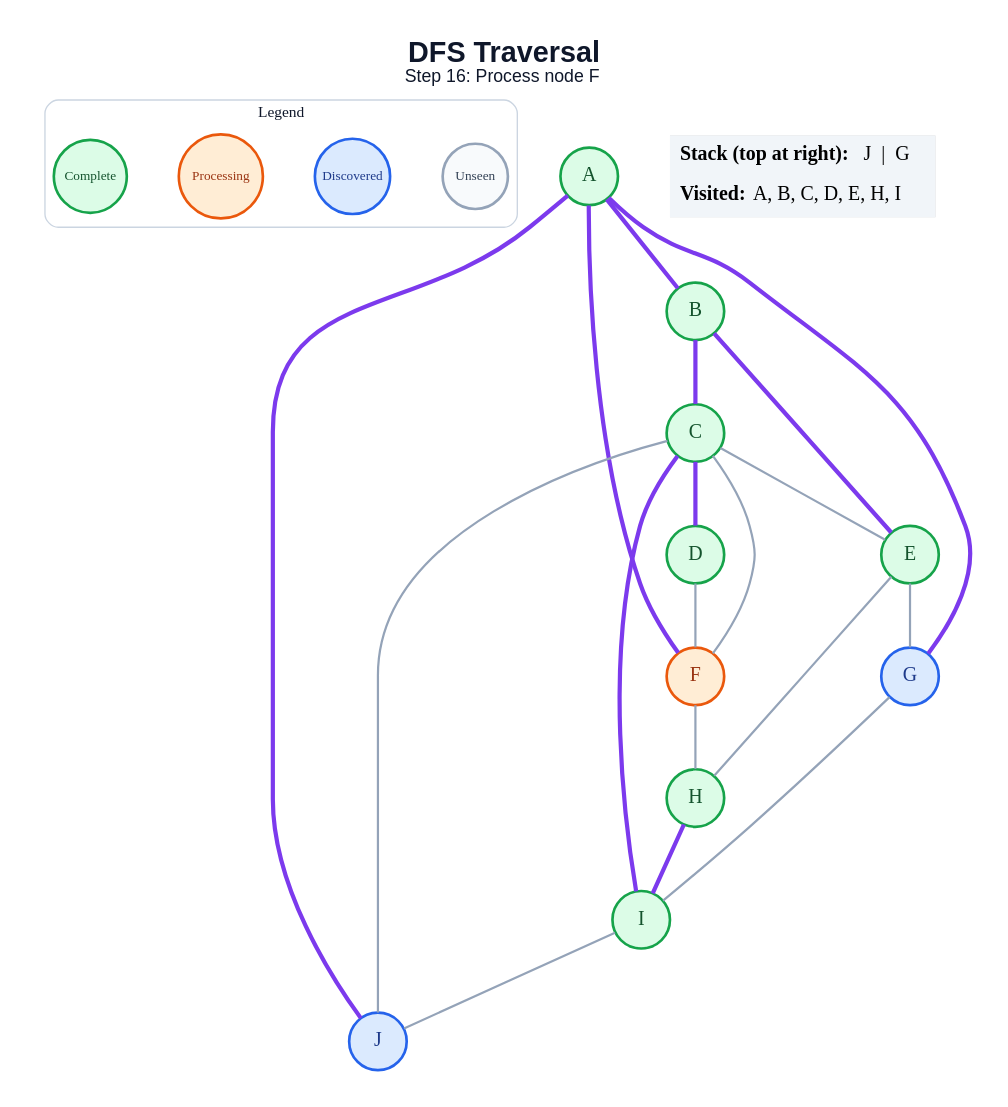
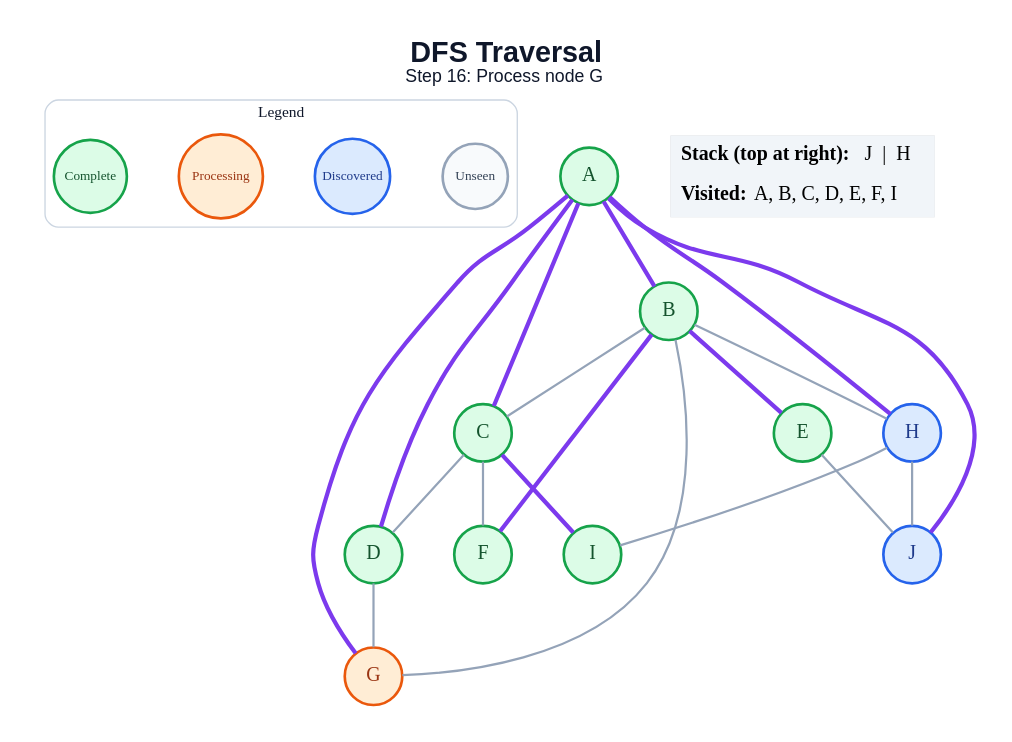
The diagram in generated/dfs/step_16.dot (amanghodawala9/ai-slop), drawn with Graphviz before and after one commit. The commit also changed 178 other files, not shown here.

```diff
--- a/generated/dfs/step_16.dot
+++ b/generated/dfs/step_16.dot
@@ -1,47 +1,47 @@
 graph traversal {
   graph [layout=dot, rankdir=TB, bgcolor="#FFFFFF", pad="0.35", nodesep="0.65", ranksep="0.8", fontname="Arial"];
   node [shape=circle, style="filled", fontname="Arial Bold", fontsize=18, width=0.72, fixedsize=true, penwidth=2.4];
   edge [color="#94A3B8", penwidth=2.0];
-  label=<<B>DFS Traversal</B><BR/><FONT POINT-SIZE="16">Step 16: Process node F</FONT>>; labelloc="t"; fontsize=26; fontname="Arial"; fontcolor="#0F172A";
+  label=<<B>DFS Traversal</B><BR/><FONT POINT-SIZE="16">Step 16: Process node G</FONT>>; labelloc="t"; fontsize=26; fontname="Arial"; fontcolor="#0F172A";
   subgraph cluster_legend { label="Legend"; color="#CBD5E1"; penwidth=1.2; style="rounded"; fontsize=14; fontname="Arial Bold";
     key_unseen [label="Unseen", fillcolor="#F8FAFC", color="#94A3B8", fontcolor="#334155", fontsize=12, width=0.82];
     key_frontier [label="Discovered", fillcolor="#DBEAFE", color="#2563EB", fontcolor="#1E3A8A", fontsize=12, width=0.95];
     key_current [label="Processing", fillcolor="#FFEDD5", color="#EA580C", fontcolor="#9A3412", fontsize=12, width=1.05];
     key_done [label="Complete", fillcolor="#DCFCE7", color="#16A34A", fontcolor="#14532D", fontsize=12, width=0.92];
     { rank=same; key_unseen; key_frontier; key_current; key_done; }
   }
   A [fillcolor="#DCFCE7", color="#16A34A", fontcolor="#14532D"];
   B [fillcolor="#DCFCE7", color="#16A34A", fontcolor="#14532D"];
   C [fillcolor="#DCFCE7", color="#16A34A", fontcolor="#14532D"];
   D [fillcolor="#DCFCE7", color="#16A34A", fontcolor="#14532D"];
   E [fillcolor="#DCFCE7", color="#16A34A", fontcolor="#14532D"];
-  F [fillcolor="#FFEDD5", color="#EA580C", fontcolor="#9A3412"];
-  G [fillcolor="#DBEAFE", color="#2563EB", fontcolor="#1E3A8A"];
-  H [fillcolor="#DCFCE7", color="#16A34A", fontcolor="#14532D"];
+  F [fillcolor="#DCFCE7", color="#16A34A", fontcolor="#14532D"];
+  G [fillcolor="#FFEDD5", color="#EA580C", fontcolor="#9A3412"];
+  H [fillcolor="#DBEAFE", color="#2563EB", fontcolor="#1E3A8A"];
   I [fillcolor="#DCFCE7", color="#16A34A", fontcolor="#14532D"];
   J [fillcolor="#DBEAFE", color="#2563EB", fontcolor="#1E3A8A"];
   A -- B [color="#7C3AED", penwidth=3.8];
-  A -- F [color="#7C3AED", penwidth=3.8];
+  A -- C [color="#7C3AED", penwidth=3.8];
+  A -- D [color="#7C3AED", penwidth=3.8];
   A -- G [color="#7C3AED", penwidth=3.8];
+  A -- H [color="#7C3AED", penwidth=3.8];
   A -- J [color="#7C3AED", penwidth=3.8];
-  B -- C [color="#7C3AED", penwidth=3.8];
+  B -- C;
   B -- E [color="#7C3AED", penwidth=3.8];
-  C -- D [color="#7C3AED", penwidth=3.8];
-  C -- E;
+  B -- F [color="#7C3AED", penwidth=3.8];
+  B -- G;
+  B -- H;
+  C -- D;
   C -- F;
   C -- I [color="#7C3AED", penwidth=3.8];
-  C -- J;
-  D -- F;
-  E -- G;
-  E -- H;
-  F -- H;
-  G -- I;
-  H -- I [color="#7C3AED", penwidth=3.8];
-  I -- J;
+  D -- G;
+  E -- J;
+  H -- I;
+  H -- J;
   status [shape=plain, fixedsize=false, width=0, height=0, margin=0, label=<
     <TABLE BORDER="0" CELLBORDER="0" CELLPADDING="7" BGCOLOR="#F1F5F9">
-      <TR><TD ALIGN="LEFT"><B>Stack (top at right):</B> J  |  G</TD></TR>
-      <TR><TD ALIGN="LEFT"><B>Visited:</B> A, B, C, D, E, H, I</TD></TR>
+      <TR><TD ALIGN="LEFT"><B>Stack (top at right):</B> J  |  H</TD></TR>
+      <TR><TD ALIGN="LEFT"><B>Visited:</B> A, B, C, D, E, F, I</TD></TR>
     </TABLE>
   >];
 }
```
